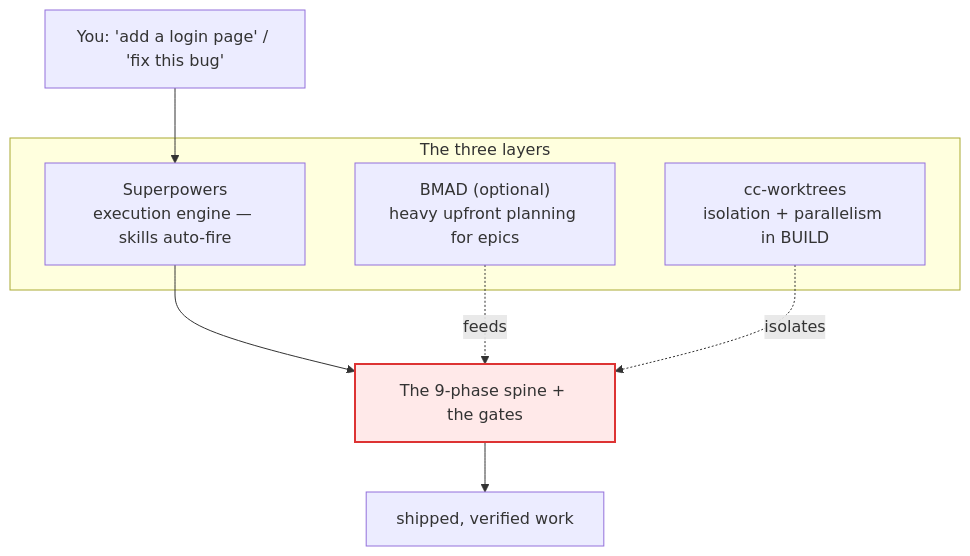
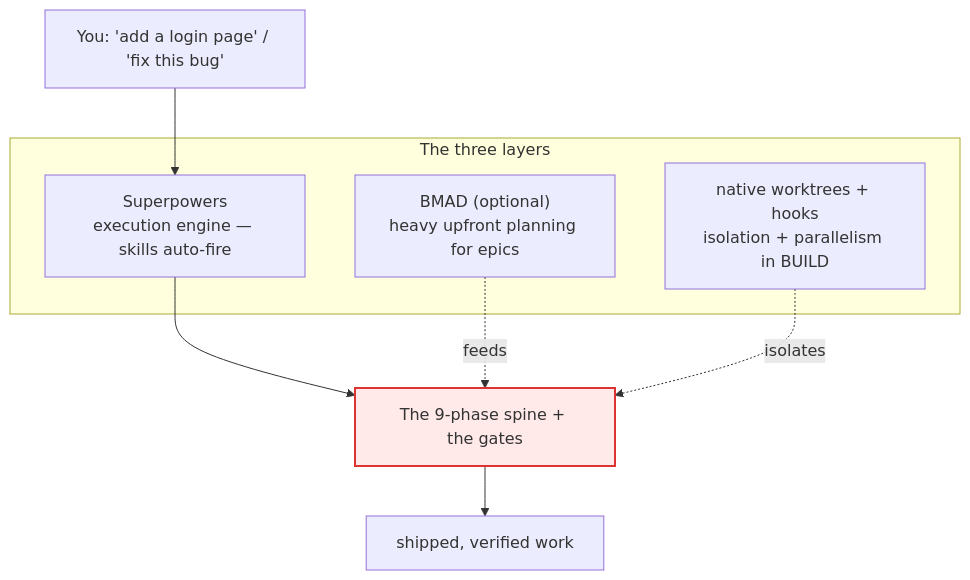
The first of 15 diagrams in docs/OVERVIEW.md (HenriGeorge/Yannick), drawn with Mermaid before and after one commit. The commit also changed other lines of this file and 7 other files, not shown here.

````diff
--- a/docs/OVERVIEW.md
+++ b/docs/OVERVIEW.md
@@ -16,15 +17,15 @@
 ```mermaid
 flowchart TD
     You["You: 'add a login page' / 'fix this bug'"] --> SP
     subgraph layers["The three layers"]
       SP["Superpowers<br/>execution engine — skills auto-fire"]
       BMAD["BMAD (optional)<br/>heavy upfront planning for epics"]
-      CW["cc-worktrees<br/>isolation + parallelism in BUILD"]
+      CW["native worktrees + hooks<br/>isolation + parallelism in BUILD"]
     end
     SP --> Spine["The 9-phase spine + the gates"]
     BMAD -.feeds.-> Spine
     CW -.isolates.-> Spine
     Spine --> Out["shipped, verified work"]
     classDef law fill:#ffe9e9,stroke:#d33,stroke-width:2px,color:#333;
     class Spine law;
 ```
````
